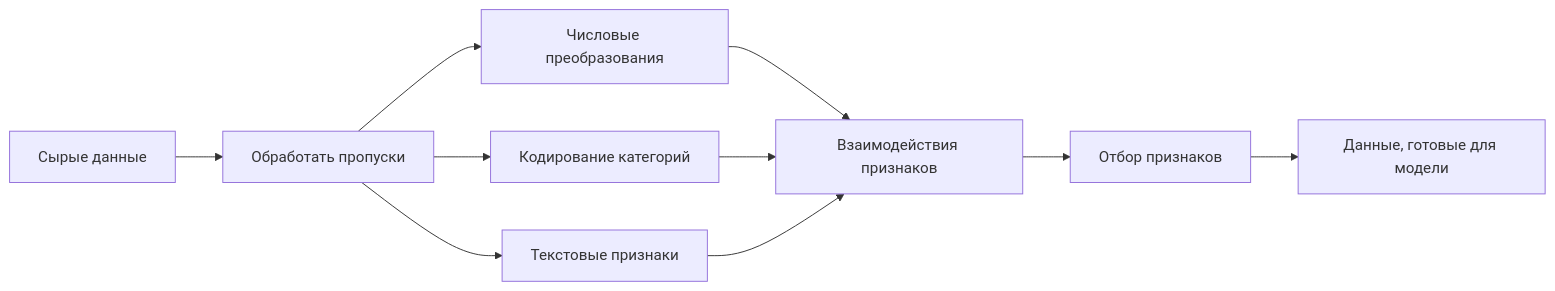
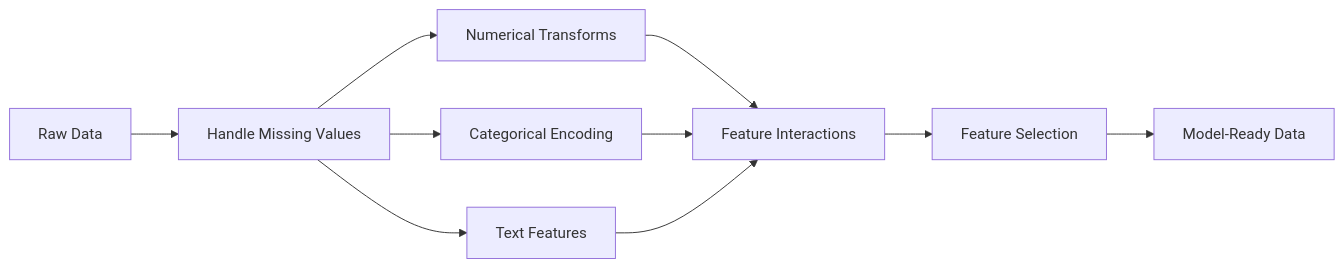
Before and after one commit to stabuev/ai-engineering-from-scratch: the diagram in phases/02-ml-fundamentals/08-feature-engineering/docs/ru.md, drawn with Mermaid. The commit also changed 182 other files, not shown here.

````diff
--- a/phases/02-ml-fundamentals/08-feature-engineering/docs/ru.md
+++ b/phases/02-ml-fundamentals/08-feature-engineering/docs/ru.md
@@ -31,12 +31,12 @@
 ```mermaid
 flowchart LR
-    A[Сырые данные] --> B[Обработать пропуски]
-    B --> C[Числовые преобразования]
-    B --> D[Кодирование категорий]
-    B --> E[Текстовые признаки]
-    C --> F[Взаимодействия признаков]
+    A[Raw Data] --> B[Handle Missing Values]
+    B --> C[Numerical Transforms]
+    B --> D[Categorical Encoding]
+    B --> E[Text Features]
+    C --> F[Feature Interactions]
     D --> F
     E --> F
-    F --> G[Отбор признаков]
-    G --> H[Данные, готовые для модели]
+    F --> G[Feature Selection]
+    G --> H[Model-Ready Data]
 ```
````
